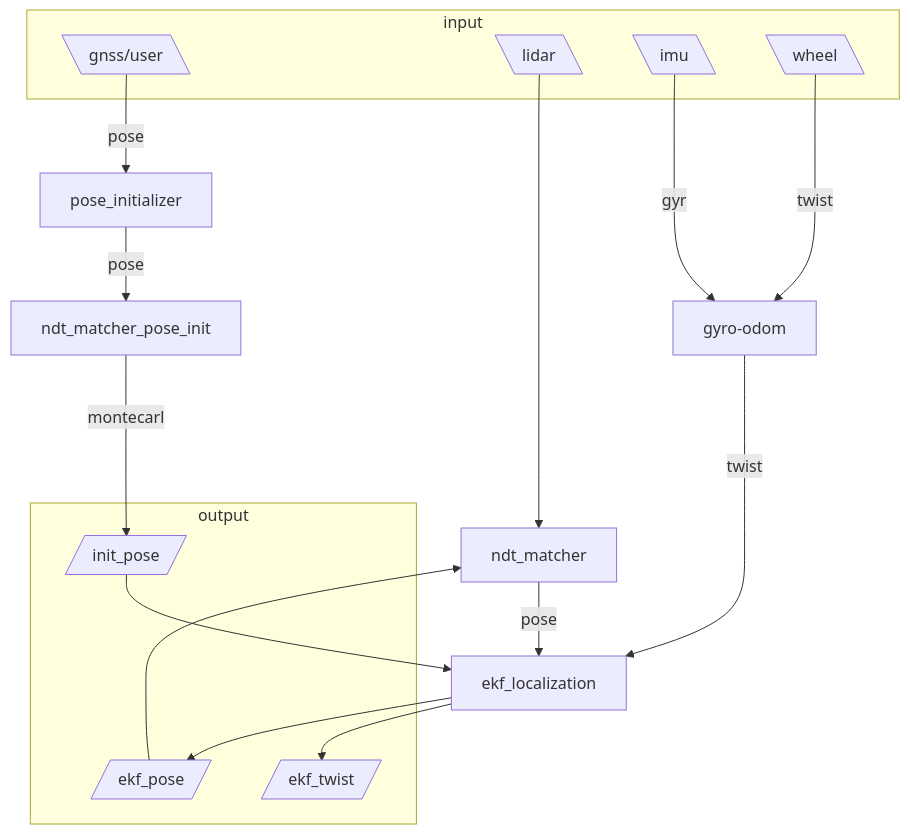
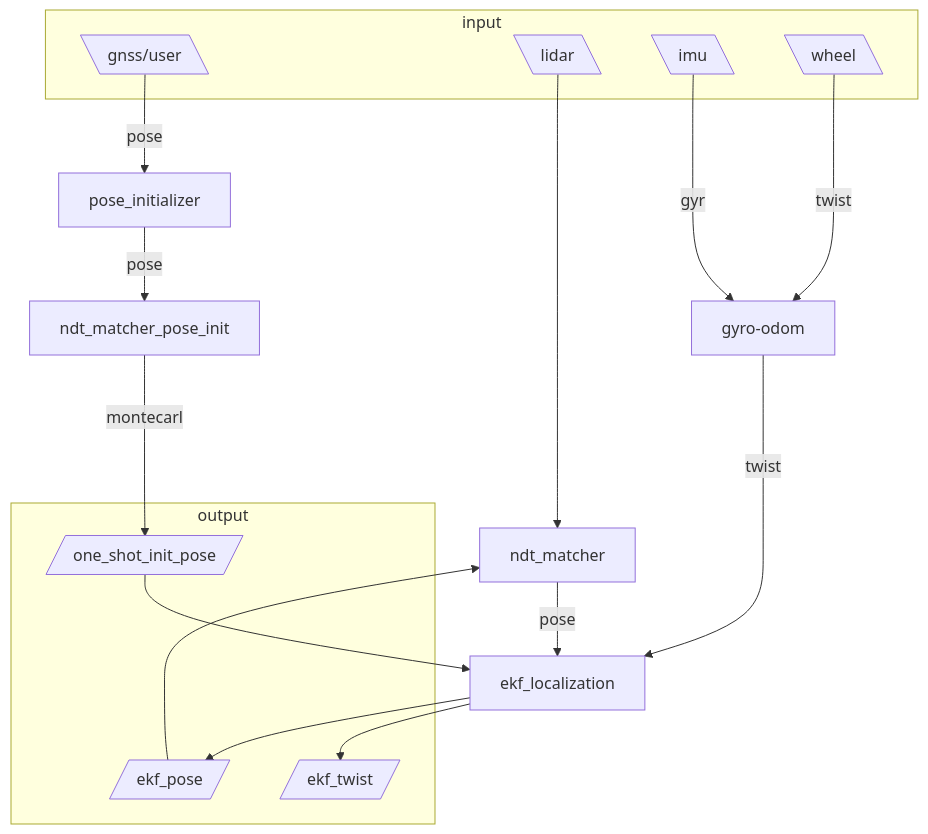
One commit to 99yufanduan/imu_wheel_lidar_ws changed the second of 2 diagrams in README.md. Above: the diagram before and after it, drawn with Mermaid. The commit also changed other lines of this file and 946 other files, not shown here.

````diff
--- a/README.md
+++ b/README.md
@@ -3,33 +52,33 @@
 ```mermaid
 graph TB
 
 1[ndt_matcher]
 2[gyro-odom]
 3[pose_initializer]
 4[ekf_localization]
 5[ndt_matcher_pose_init]
 
 subgraph input
 a[\gnss/user\]
 b[\lidar\]
 c[\imu\]
 d[\wheel\]
 end
 
 subgraph output
-A[/init_pose/]
+A[/one_shot_init_pose/]
 B[/ekf_pose/]
 C[/ekf_twist/]
 end
 
 d--twist-->2
 c--gyro-->2
 2--twist-->4
 b-->1--pose-->4
 4-->B
 4-->C
 a--pose-->3--pose-->5--montecarlo-->A
 A-->4
 B-->1
 
 ```
````
